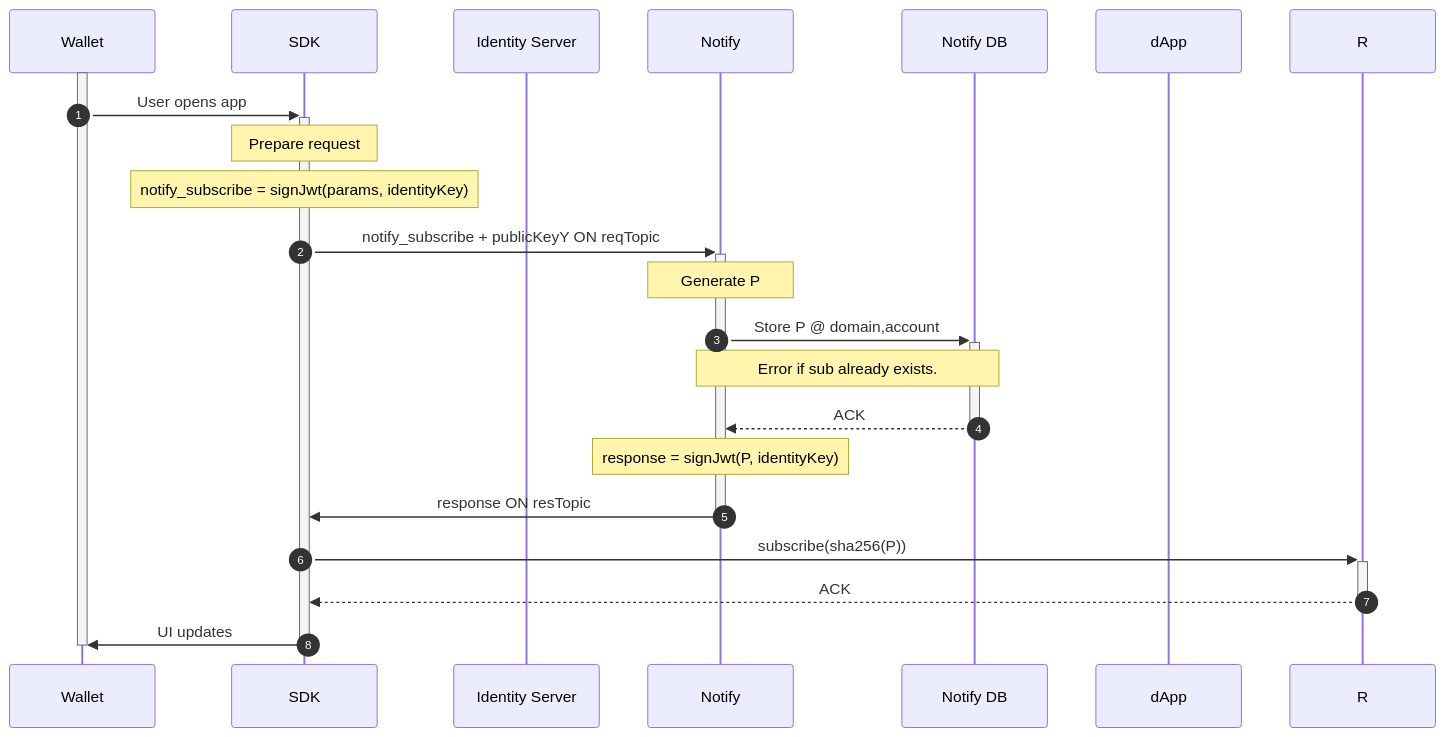
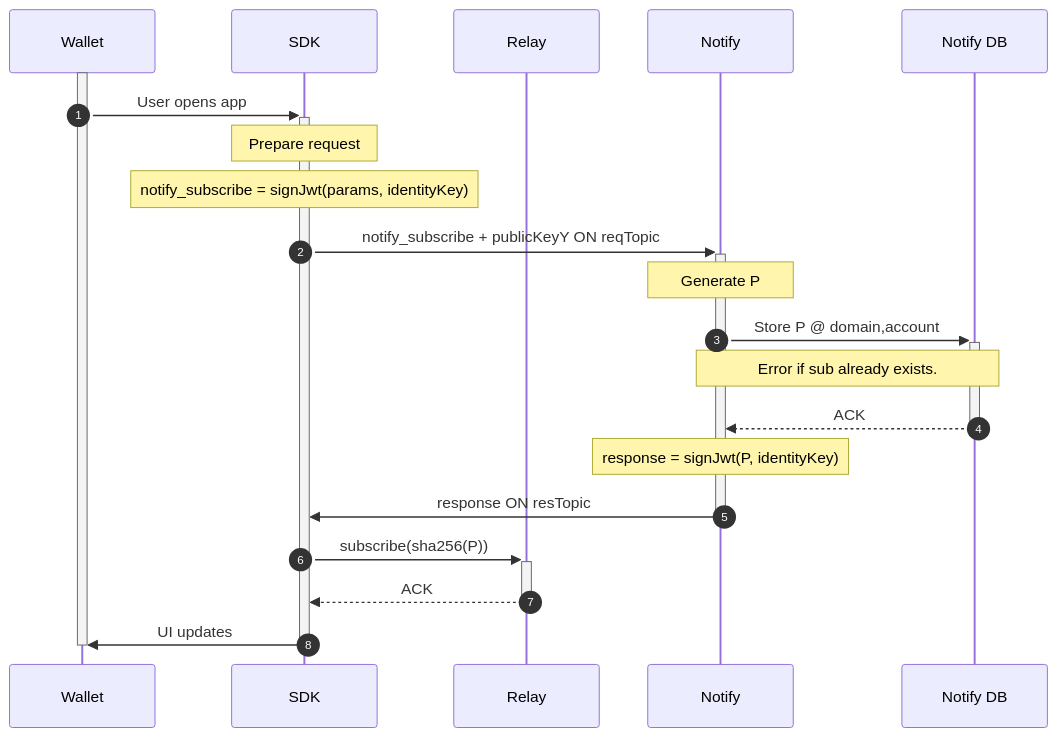
Before and after one commit to WalletConnect/walletconnect-specs: the second of 3 diagrams in docs/specs/clients/notify/rpc-methods.md, drawn with Mermaid.

````diff
--- a/docs/specs/clients/notify/rpc-methods.md
+++ b/docs/specs/clients/notify/rpc-methods.md
@@ -154,26 +154,25 @@
 ```mermaid
 sequenceDiagram
   autonumber
   participant U AS Wallet
   participant W AS SDK
-  participant I AS Identity Server
+  participant R as Relay
   participant N AS Notify
   participant D as Notify DB
-  participant A as dApp
 
   activate U
   U->>+W: User opens app
   Note over W: Prepare request
   Note over W: notify_subscribe = signJwt(params, identityKey)
   W->>+N: notify_subscribe + publicKeyY ON reqTopic
   Note over N: Generate P
   N->>+D: Store P @ domain,account
   Note over N,D: Error if sub already exists.
   D-->>-N: ACK
   Note over N: response = signJwt(P, identityKey)
   N->>-W: response ON resTopic
   W->>+R: subscribe(sha256(P))
   R-->>-W: ACK
   W->>-U: UI updates
   deactivate U
 ```
````
